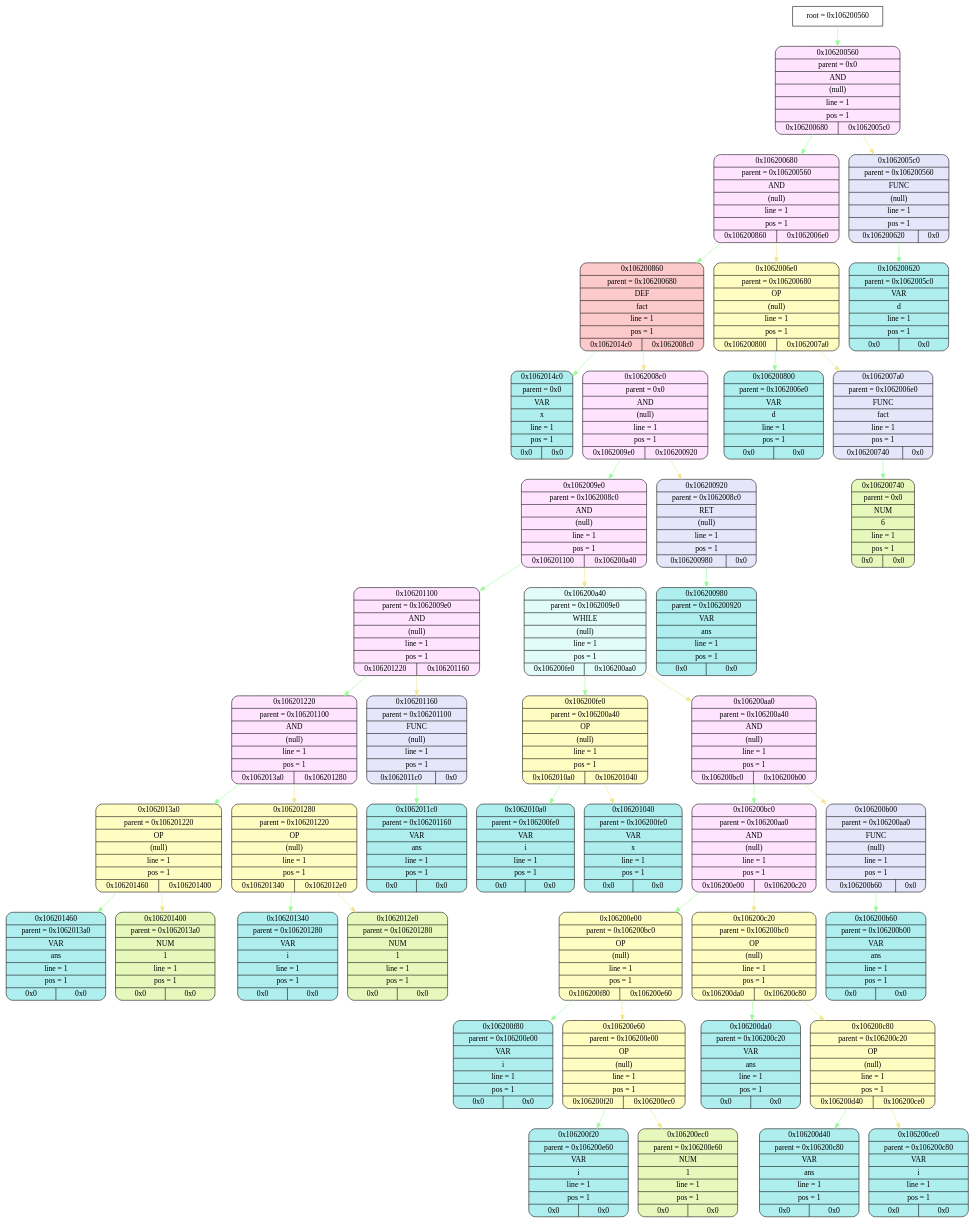
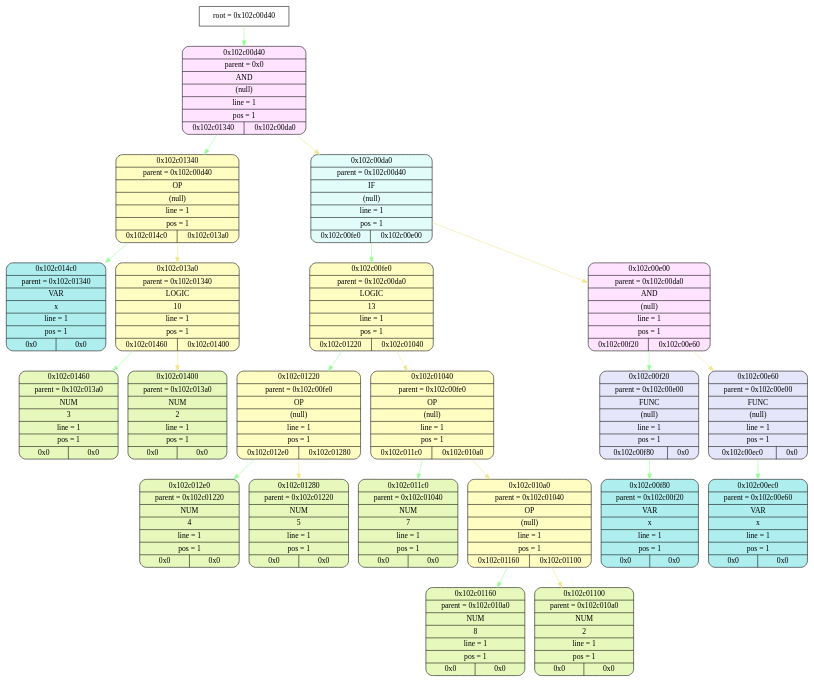
Before and after one commit to esgalimov/language: the diagram in frontend/tmp/graphviz.dot, drawn with Graphviz. The commit also changed 26 other files, not shown here.

```diff
--- a/frontend/tmp/graphviz.dot
+++ b/frontend/tmp/graphviz.dot
@@ -1,131 +1,68 @@
 digraph
 {
-    node_info[shape = record, label = "{root = 0x106200560}"];
+    node_info[shape = record, label = "{root = 0x102c00d40}"];
 
-    node_info->node_0x106200560 [color = "#98FB98"];
-    node_0x106200560[shape = Mrecord, label = "{{0x106200560} | {parent =  0x0} | {AND} | {(null)} | {line = 1} | {pos = 1} | {0x106200680 | 0x1062005c0}}",
+    node_info->node_0x102c00d40 [color = "#98FB98"];
+    node_0x102c00d40[shape = Mrecord, label = "{{0x102c00d40} | {parent =  0x0} | {AND} | {(null)} | {line = 1} | {pos = 1} | {0x102c01340 | 0x102c00da0}}",
                                         style="filled", fillcolor="#FFE3FF"];
-    node_0x106200680[shape = Mrecord, label = "{{0x106200680} | {parent =  0x106200560} | {AND} | {(null)} | {line = 1} | {pos = 1} | {0x106200860 | 0x1062006e0}}",
+    node_0x102c01340[shape = Mrecord, label = "{{0x102c01340} | {parent =  0x102c00d40} | {OP} | {(null)} | {line = 1} | {pos = 1} | {0x102c014c0 | 0x102c013a0}}",
+                                        style="filled", fillcolor="#FFFDC2"];
+    node_0x102c014c0[shape = Mrecord, label = "{{0x102c014c0} | {parent =  0x102c01340} | {VAR} | {x} | {line = 1} | {pos = 1} | {0x0 | 0x0}}",
+                                        style="filled", fillcolor="#AFEEEE"];
+    node_0x102c013a0[shape = Mrecord, label = "{{0x102c013a0} | {parent =  0x102c01340} | {LOGIC} | {10} | {line = 1} | {pos = 1} | {0x102c01460 | 0x102c01400}}",
+                style="filled", fillcolor="#FFFDC2"];
+    node_0x102c01460[shape = Mrecord, label = "{{0x102c01460} | {parent =  0x102c013a0} | {NUM} | {3} | {line = 1} | {pos = 1} | {0x0 | 0x0}}",
+                style="filled", fillcolor="#E7F8BC"];
+    node_0x102c01400[shape = Mrecord, label = "{{0x102c01400} | {parent =  0x102c013a0} | {NUM} | {2} | {line = 1} | {pos = 1} | {0x0 | 0x0}}",
+                style="filled", fillcolor="#E7F8BC"];
+    node_0x102c00da0[shape = Mrecord, label = "{{0x102c00da0} | {parent =  0x102c00d40} | {IF} | {(null)} | {line = 1} | {pos = 1} | {0x102c00fe0 | 0x102c00e00}}",
+                                        style="filled", fillcolor="#E1FCF9"];
+    node_0x102c00fe0[shape = Mrecord, label = "{{0x102c00fe0} | {parent =  0x102c00da0} | {LOGIC} | {13} | {line = 1} | {pos = 1} | {0x102c01220 | 0x102c01040}}",
+                style="filled", fillcolor="#FFFDC2"];
+    node_0x102c01220[shape = Mrecord, label = "{{0x102c01220} | {parent =  0x102c00fe0} | {OP} | {(null)} | {line = 1} | {pos = 1} | {0x102c012e0 | 0x102c01280}}",
+                                        style="filled", fillcolor="#FFFDC2"];
+    node_0x102c012e0[shape = Mrecord, label = "{{0x102c012e0} | {parent =  0x102c01220} | {NUM} | {4} | {line = 1} | {pos = 1} | {0x0 | 0x0}}",
+                style="filled", fillcolor="#E7F8BC"];
+    node_0x102c01280[shape = Mrecord, label = "{{0x102c01280} | {parent =  0x102c01220} | {NUM} | {5} | {line = 1} | {pos = 1} | {0x0 | 0x0}}",
+                style="filled", fillcolor="#E7F8BC"];
+    node_0x102c01040[shape = Mrecord, label = "{{0x102c01040} | {parent =  0x102c00fe0} | {OP} | {(null)} | {line = 1} | {pos = 1} | {0x102c011c0 | 0x102c010a0}}",
+                                        style="filled", fillcolor="#FFFDC2"];
+    node_0x102c011c0[shape = Mrecord, label = "{{0x102c011c0} | {parent =  0x102c01040} | {NUM} | {7} | {line = 1} | {pos = 1} | {0x0 | 0x0}}",
+                style="filled", fillcolor="#E7F8BC"];
+    node_0x102c010a0[shape = Mrecord, label = "{{0x102c010a0} | {parent =  0x102c01040} | {OP} | {(null)} | {line = 1} | {pos = 1} | {0x102c01160 | 0x102c01100}}",
+                                        style="filled", fillcolor="#FFFDC2"];
+    node_0x102c01160[shape = Mrecord, label = "{{0x102c01160} | {parent =  0x102c010a0} | {NUM} | {8} | {line = 1} | {pos = 1} | {0x0 | 0x0}}",
+                style="filled", fillcolor="#E7F8BC"];
+    node_0x102c01100[shape = Mrecord, label = "{{0x102c01100} | {parent =  0x102c010a0} | {NUM} | {2} | {line = 1} | {pos = 1} | {0x0 | 0x0}}",
+                style="filled", fillcolor="#E7F8BC"];
+    node_0x102c00e00[shape = Mrecord, label = "{{0x102c00e00} | {parent =  0x102c00da0} | {AND} | {(null)} | {line = 1} | {pos = 1} | {0x102c00f20 | 0x102c00e60}}",
                                         style="filled", fillcolor="#FFE3FF"];
-    node_0x106200860[shape = Mrecord, label = "{{0x106200860} | {parent =  0x106200680} | {DEF} | {fact} | {line = 1} | {pos = 1} | {0x1062014c0 | 0x1062008c0}}",
-                                        style="filled", fillcolor="#FCCACA"];
-    node_0x1062014c0[shape = Mrecord, label = "{{0x1062014c0} | {parent =  0x0} | {VAR} | {x} | {line = 1} | {pos = 1} | {0x0 | 0x0}}",
+    node_0x102c00f20[shape = Mrecord, label = "{{0x102c00f20} | {parent =  0x102c00e00} | {FUNC} | {(null)} | {line = 1} | {pos = 1} | {0x102c00f80 | 0x0}}",
+                                        style="filled", fillcolor="#E6E6FA"];
+    node_0x102c00f80[shape = Mrecord, label = "{{0x102c00f80} | {parent =  0x102c00f20} | {VAR} | {x} | {line = 1} | {pos = 1} | {0x0 | 0x0}}",
                                         style="filled", fillcolor="#AFEEEE"];
-    node_0x1062008c0[shape = Mrecord, label = "{{0x1062008c0} | {parent =  0x0} | {AND} | {(null)} | {line = 1} | {pos = 1} | {0x1062009e0 | 0x106200920}}",
-                                        style="filled", fillcolor="#FFE3FF"];
-    node_0x1062009e0[shape = Mrecord, label = "{{0x1062009e0} | {parent =  0x1062008c0} | {AND} | {(null)} | {line = 1} | {pos = 1} | {0x106201100 | 0x106200a40}}",
-                                        style="filled", fillcolor="#FFE3FF"];
-    node_0x106201100[shape = Mrecord, label = "{{0x106201100} | {parent =  0x1062009e0} | {AND} | {(null)} | {line = 1} | {pos = 1} | {0x106201220 | 0x106201160}}",
-                                        style="filled", fillcolor="#FFE3FF"];
-    node_0x106201220[shape = Mrecord, label = "{{0x106201220} | {parent =  0x106201100} | {AND} | {(null)} | {line = 1} | {pos = 1} | {0x1062013a0 | 0x106201280}}",
-                                        style="filled", fillcolor="#FFE3FF"];
-    node_0x1062013a0[shape = Mrecord, label = "{{0x1062013a0} | {parent =  0x106201220} | {OP} | {(null)} | {line = 1} | {pos = 1} | {0x106201460 | 0x106201400}}",
-                                        style="filled", fillcolor="#FFFDC2"];
-    node_0x106201460[shape = Mrecord, label = "{{0x106201460} | {parent =  0x1062013a0} | {VAR} | {ans} | {line = 1} | {pos = 1} | {0x0 | 0x0}}",
+    node_0x102c00e60[shape = Mrecord, label = "{{0x102c00e60} | {parent =  0x102c00e00} | {FUNC} | {(null)} | {line = 1} | {pos = 1} | {0x102c00ec0 | 0x0}}",
+                                        style="filled", fillcolor="#E6E6FA"];
+    node_0x102c00ec0[shape = Mrecord, label = "{{0x102c00ec0} | {parent =  0x102c00e60} | {VAR} | {x} | {line = 1} | {pos = 1} | {0x0 | 0x0}}",
                                         style="filled", fillcolor="#AFEEEE"];
-    node_0x106201400[shape = Mrecord, label = "{{0x106201400} | {parent =  0x1062013a0} | {NUM} | {1} | {line = 1} | {pos = 1} | {0x0 | 0x0}}",
-                style="filled", fillcolor="#E7F8BC"];
-    node_0x106201280[shape = Mrecord, label = "{{0x106201280} | {parent =  0x106201220} | {OP} | {(null)} | {line = 1} | {pos = 1} | {0x106201340 | 0x1062012e0}}",
-                                        style="filled", fillcolor="#FFFDC2"];
-    node_0x106201340[shape = Mrecord, label = "{{0x106201340} | {parent =  0x106201280} | {VAR} | {i} | {line = 1} | {pos = 1} | {0x0 | 0x0}}",
-                                        style="filled", fillcolor="#AFEEEE"];
-    node_0x1062012e0[shape = Mrecord, label = "{{0x1062012e0} | {parent =  0x106201280} | {NUM} | {1} | {line = 1} | {pos = 1} | {0x0 | 0x0}}",
-                style="filled", fillcolor="#E7F8BC"];
-    node_0x106201160[shape = Mrecord, label = "{{0x106201160} | {parent =  0x106201100} | {FUNC} | {(null)} | {line = 1} | {pos = 1} | {0x1062011c0 | 0x0}}",
-                                        style="filled", fillcolor="#E6E6FA"];
-    node_0x1062011c0[shape = Mrecord, label = "{{0x1062011c0} | {parent =  0x106201160} | {VAR} | {ans} | {line = 1} | {pos = 1} | {0x0 | 0x0}}",
-                                        style="filled", fillcolor="#AFEEEE"];
-    node_0x106200a40[shape = Mrecord, label = "{{0x106200a40} | {parent =  0x1062009e0} | {WHILE} | {(null)} | {line = 1} | {pos = 1} | {0x106200fe0 | 0x106200aa0}}",
-                                        style="filled", fillcolor="#E1FCF9"];
-    node_0x106200fe0[shape = Mrecord, label = "{{0x106200fe0} | {parent =  0x106200a40} | {OP} | {(null)} | {line = 1} | {pos = 1} | {0x1062010a0 | 0x106201040}}",
-                                        style="filled", fillcolor="#FFFDC2"];
-    node_0x1062010a0[shape = Mrecord, label = "{{0x1062010a0} | {parent =  0x106200fe0} | {VAR} | {i} | {line = 1} | {pos = 1} | {0x0 | 0x0}}",
-                                        style="filled", fillcolor="#AFEEEE"];
-    node_0x106201040[shape = Mrecord, label = "{{0x106201040} | {parent =  0x106200fe0} | {VAR} | {x} | {line = 1} | {pos = 1} | {0x0 | 0x0}}",
-                                        style="filled", fillcolor="#AFEEEE"];
-    node_0x106200aa0[shape = Mrecord, label = "{{0x106200aa0} | {parent =  0x106200a40} | {AND} | {(null)} | {line = 1} | {pos = 1} | {0x106200bc0 | 0x106200b00}}",
-                                        style="filled", fillcolor="#FFE3FF"];
-    node_0x106200bc0[shape = Mrecord, label = "{{0x106200bc0} | {parent =  0x106200aa0} | {AND} | {(null)} | {line = 1} | {pos = 1} | {0x106200e00 | 0x106200c20}}",
-                                        style="filled", fillcolor="#FFE3FF"];
-    node_0x106200e00[shape = Mrecord, label = "{{0x106200e00} | {parent =  0x106200bc0} | {OP} | {(null)} | {line = 1} | {pos = 1} | {0x106200f80 | 0x106200e60}}",
-                                        style="filled", fillcolor="#FFFDC2"];
-    node_0x106200f80[shape = Mrecord, label = "{{0x106200f80} | {parent =  0x106200e00} | {VAR} | {i} | {line = 1} | {pos = 1} | {0x0 | 0x0}}",
-                                        style="filled", fillcolor="#AFEEEE"];
-    node_0x106200e60[shape = Mrecord, label = "{{0x106200e60} | {parent =  0x106200e00} | {OP} | {(null)} | {line = 1} | {pos = 1} | {0x106200f20 | 0x106200ec0}}",
-                                        style="filled", fillcolor="#FFFDC2"];
-    node_0x106200f20[shape = Mrecord, label = "{{0x106200f20} | {parent =  0x106200e60} | {VAR} | {i} | {line = 1} | {pos = 1} | {0x0 | 0x0}}",
-                                        style="filled", fillcolor="#AFEEEE"];
-    node_0x106200ec0[shape = Mrecord, label = "{{0x106200ec0} | {parent =  0x106200e60} | {NUM} | {1} | {line = 1} | {pos = 1} | {0x0 | 0x0}}",
-                style="filled", fillcolor="#E7F8BC"];
-    node_0x106200c20[shape = Mrecord, label = "{{0x106200c20} | {parent =  0x106200bc0} | {OP} | {(null)} | {line = 1} | {pos = 1} | {0x106200da0 | 0x106200c80}}",
-                                        style="filled", fillcolor="#FFFDC2"];
-    node_0x106200da0[shape = Mrecord, label = "{{0x106200da0} | {parent =  0x106200c20} | {VAR} | {ans} | {line = 1} | {pos = 1} | {0x0 | 0x0}}",
-                                        style="filled", fillcolor="#AFEEEE"];
-    node_0x106200c80[shape = Mrecord, label = "{{0x106200c80} | {parent =  0x106200c20} | {OP} | {(null)} | {line = 1} | {pos = 1} | {0x106200d40 | 0x106200ce0}}",
-                                        style="filled", fillcolor="#FFFDC2"];
-    node_0x106200d40[shape = Mrecord, label = "{{0x106200d40} | {parent =  0x106200c80} | {VAR} | {ans} | {line = 1} | {pos = 1} | {0x0 | 0x0}}",
-                                        style="filled", fillcolor="#AFEEEE"];
-    node_0x106200ce0[shape = Mrecord, label = "{{0x106200ce0} | {parent =  0x106200c80} | {VAR} | {i} | {line = 1} | {pos = 1} | {0x0 | 0x0}}",
-                                        style="filled", fillcolor="#AFEEEE"];
-    node_0x106200b00[shape = Mrecord, label = "{{0x106200b00} | {parent =  0x106200aa0} | {FUNC} | {(null)} | {line = 1} | {pos = 1} | {0x106200b60 | 0x0}}",
-                                        style="filled", fillcolor="#E6E6FA"];
-    node_0x106200b60[shape = Mrecord, label = "{{0x106200b60} | {parent =  0x106200b00} | {VAR} | {ans} | {line = 1} | {pos = 1} | {0x0 | 0x0}}",
-                                        style="filled", fillcolor="#AFEEEE"];
-    node_0x106200920[shape = Mrecord, label = "{{0x106200920} | {parent =  0x1062008c0} | {RET} | {(null)} | {line = 1} | {pos = 1} | {0x106200980 | 0x0}}",
-                                        style="filled", fillcolor="#E6E6FA"];
-    node_0x106200980[shape = Mrecord, label = "{{0x106200980} | {parent =  0x106200920} | {VAR} | {ans} | {line = 1} | {pos = 1} | {0x0 | 0x0}}",
-                                        style="filled", fillcolor="#AFEEEE"];
-    node_0x1062006e0[shape = Mrecord, label = "{{0x1062006e0} | {parent =  0x106200680} | {OP} | {(null)} | {line = 1} | {pos = 1} | {0x106200800 | 0x1062007a0}}",
-                                        style="filled", fillcolor="#FFFDC2"];
-    node_0x106200800[shape = Mrecord, label = "{{0x106200800} | {parent =  0x1062006e0} | {VAR} | {d} | {line = 1} | {pos = 1} | {0x0 | 0x0}}",
-                                        style="filled", fillcolor="#AFEEEE"];
-    node_0x1062007a0[shape = Mrecord, label = "{{0x1062007a0} | {parent =  0x1062006e0} | {FUNC} | {fact} | {line = 1} | {pos = 1} | {0x106200740 | 0x0}}",
-                                        style="filled", fillcolor="#E6E6FA"];
-    node_0x106200740[shape = Mrecord, label = "{{0x106200740} | {parent =  0x0} | {NUM} | {6} | {line = 1} | {pos = 1} | {0x0 | 0x0}}",
-                style="filled", fillcolor="#E7F8BC"];
-    node_0x1062005c0[shape = Mrecord, label = "{{0x1062005c0} | {parent =  0x106200560} | {FUNC} | {(null)} | {line = 1} | {pos = 1} | {0x106200620 | 0x0}}",
-                                        style="filled", fillcolor="#E6E6FA"];
-    node_0x106200620[shape = Mrecord, label = "{{0x106200620} | {parent =  0x1062005c0} | {VAR} | {d} | {line = 1} | {pos = 1} | {0x0 | 0x0}}",
-                                        style="filled", fillcolor="#AFEEEE"];
-    node_0x106200560->node_0x106200680 [color = "#98FB98"];
-    node_0x106200680->node_0x106200860 [color = "#98FB98"];
-    node_0x106200860->node_0x1062014c0 [color = "#98FB98"];
-    node_0x106200860->node_0x1062008c0 [color = "#F0E68C"];
-    node_0x1062008c0->node_0x1062009e0 [color = "#98FB98"];
-    node_0x1062009e0->node_0x106201100 [color = "#98FB98"];
-    node_0x106201100->node_0x106201220 [color = "#98FB98"];
-    node_0x106201220->node_0x1062013a0 [color = "#98FB98"];
-    node_0x1062013a0->node_0x106201460 [color = "#98FB98"];
-    node_0x1062013a0->node_0x106201400 [color = "#F0E68C"];
-    node_0x106201220->node_0x106201280 [color = "#F0E68C"];
-    node_0x106201280->node_0x106201340 [color = "#98FB98"];
-    node_0x106201280->node_0x1062012e0 [color = "#F0E68C"];
-    node_0x106201100->node_0x106201160 [color = "#F0E68C"];
-    node_0x106201160->node_0x1062011c0 [color = "#98FB98"];
-    node_0x1062009e0->node_0x106200a40 [color = "#F0E68C"];
-    node_0x106200a40->node_0x106200fe0 [color = "#98FB98"];
-    node_0x106200fe0->node_0x1062010a0 [color = "#98FB98"];
-    node_0x106200fe0->node_0x106201040 [color = "#F0E68C"];
-    node_0x106200a40->node_0x106200aa0 [color = "#F0E68C"];
-    node_0x106200aa0->node_0x106200bc0 [color = "#98FB98"];
-    node_0x106200bc0->node_0x106200e00 [color = "#98FB98"];
-    node_0x106200e00->node_0x106200f80 [color = "#98FB98"];
-    node_0x106200e00->node_0x106200e60 [color = "#F0E68C"];
-    node_0x106200e60->node_0x106200f20 [color = "#98FB98"];
-    node_0x106200e60->node_0x106200ec0 [color = "#F0E68C"];
-    node_0x106200bc0->node_0x106200c20 [color = "#F0E68C"];
-    node_0x106200c20->node_0x106200da0 [color = "#98FB98"];
-    node_0x106200c20->node_0x106200c80 [color = "#F0E68C"];
-    node_0x106200c80->node_0x106200d40 [color = "#98FB98"];
-    node_0x106200c80->node_0x106200ce0 [color = "#F0E68C"];
-    node_0x106200aa0->node_0x106200b00 [color = "#F0E68C"];
-    node_0x106200b00->node_0x106200b60 [color = "#98FB98"];
-    node_0x1062008c0->node_0x106200920 [color = "#F0E68C"];
-    node_0x106200920->node_0x106200980 [color = "#98FB98"];
-    node_0x106200680->node_0x1062006e0 [color = "#F0E68C"];
-    node_0x1062006e0->node_0x106200800 [color = "#98FB98"];
-    node_0x1062006e0->node_0x1062007a0 [color = "#F0E68C"];
-    node_0x1062007a0->node_0x106200740 [color = "#98FB98"];
-    node_0x106200560->node_0x1062005c0 [color = "#F0E68C"];
-    node_0x1062005c0->node_0x106200620 [color = "#98FB98"];
+    node_0x102c00d40->node_0x102c01340 [color = "#98FB98"];
+    node_0x102c01340->node_0x102c014c0 [color = "#98FB98"];
+    node_0x102c01340->node_0x102c013a0 [color = "#F0E68C"];
+    node_0x102c013a0->node_0x102c01460 [color = "#98FB98"];
+    node_0x102c013a0->node_0x102c01400 [color = "#F0E68C"];
+    node_0x102c00d40->node_0x102c00da0 [color = "#F0E68C"];
+    node_0x102c00da0->node_0x102c00fe0 [color = "#98FB98"];
+    node_0x102c00fe0->node_0x102c01220 [color = "#98FB98"];
+    node_0x102c01220->node_0x102c012e0 [color = "#98FB98"];
+    node_0x102c01220->node_0x102c01280 [color = "#F0E68C"];
+    node_0x102c00fe0->node_0x102c01040 [color = "#F0E68C"];
+    node_0x102c01040->node_0x102c011c0 [color = "#98FB98"];
+    node_0x102c01040->node_0x102c010a0 [color = "#F0E68C"];
+    node_0x102c010a0->node_0x102c01160 [color = "#98FB98"];
+    node_0x102c010a0->node_0x102c01100 [color = "#F0E68C"];
+    node_0x102c00da0->node_0x102c00e00 [color = "#F0E68C"];
+    node_0x102c00e00->node_0x102c00f20 [color = "#98FB98"];
+    node_0x102c00f20->node_0x102c00f80 [color = "#98FB98"];
+    node_0x102c00e00->node_0x102c00e60 [color = "#F0E68C"];
+    node_0x102c00e60->node_0x102c00ec0 [color = "#98FB98"];
 }
```
